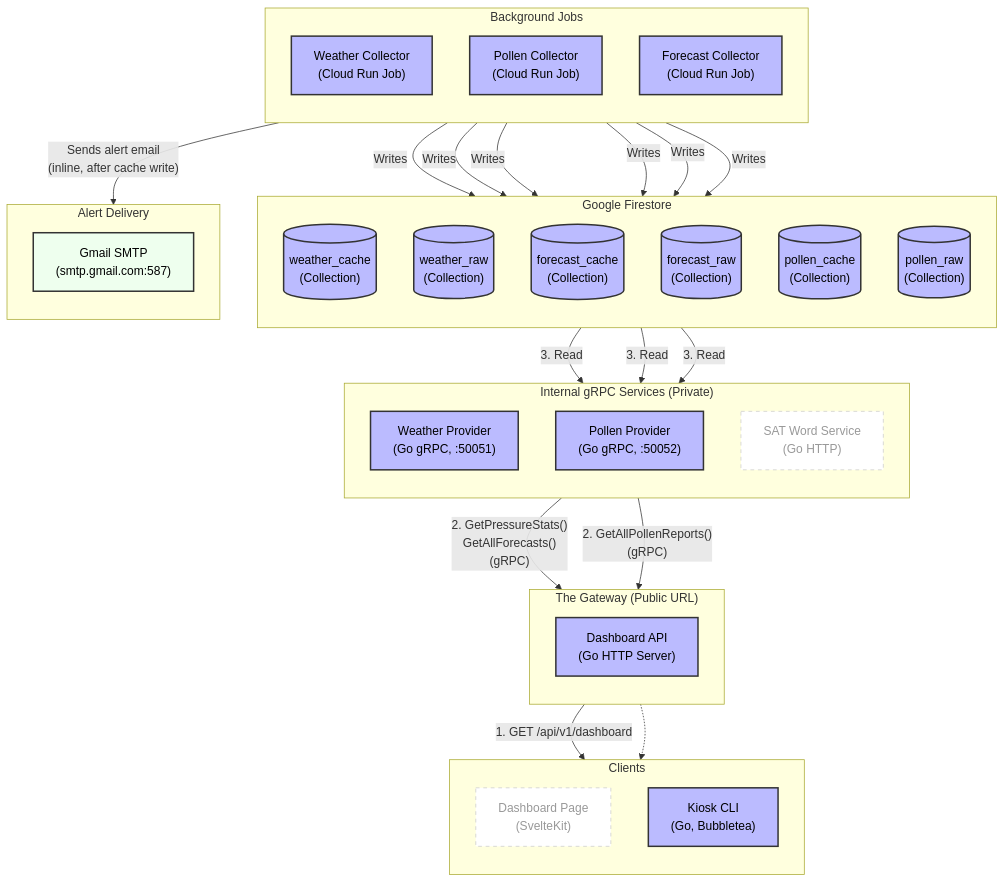
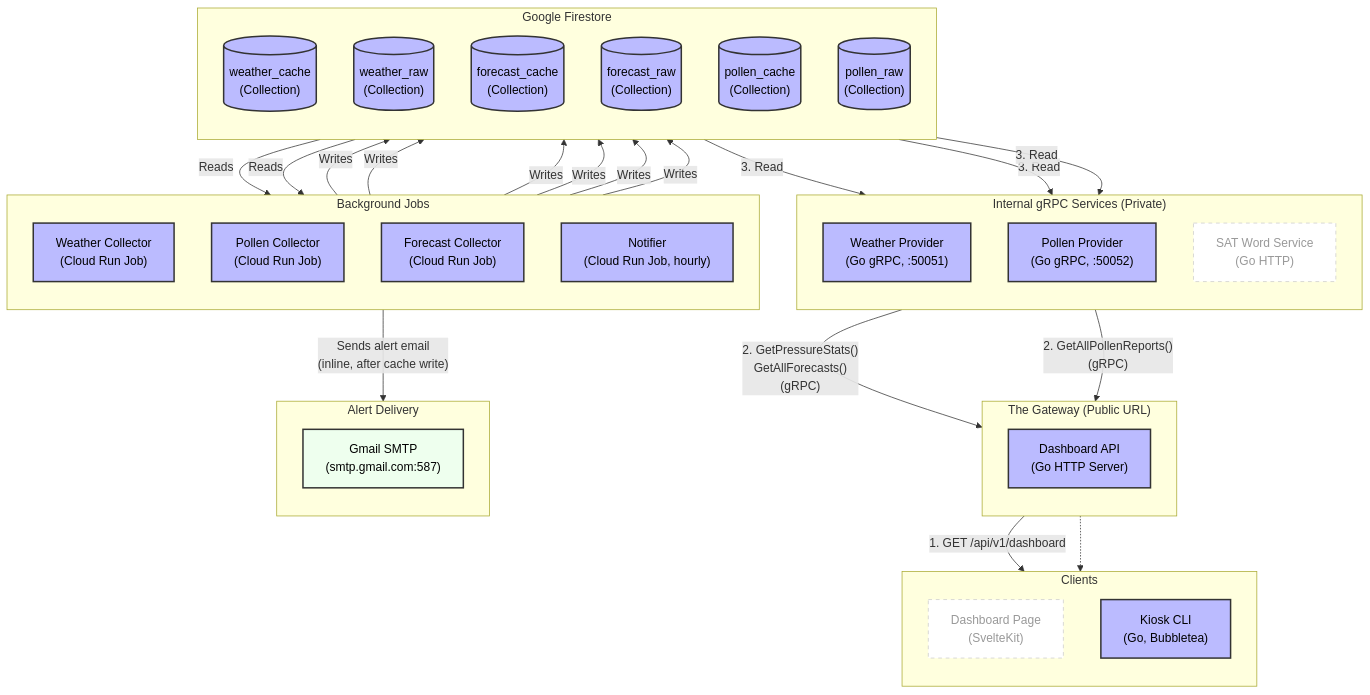
Before and after one commit to nickfang/personal-dashboard: the diagram in docs/ARCHITECTURE_INFRASTRUCTURE.md, drawn with Mermaid. The commit also changed other lines of this file and 26 other files, not shown here.

````diff
--- a/docs/ARCHITECTURE_INFRASTRUCTURE.md
+++ b/docs/ARCHITECTURE_INFRASTRUCTURE.md
@@ -5,67 +5,71 @@
 ```mermaid
 flowchart TD
     subgraph Clients ["Clients"]
         direction TB
         UI_Dash["Dashboard Page<br/>(SvelteKit)"]:::future
         UI_CLI["Kiosk CLI<br/>(Go, Bubbletea)"]:::done
     end
 
     subgraph Aggregator ["The Gateway (Public URL)"]
         direction TB
         S_Dash["Dashboard API<br/>(Go HTTP Server)"]:::done
     end
 
     subgraph Microservices ["Internal gRPC Services (Private)"]
         direction TB
         S_Weath["Weather Provider<br/>(Go gRPC, :50051)"]:::done
         S_Poll["Pollen Provider<br/>(Go gRPC, :50052)"]:::done
         S_Sat["SAT Word Service<br/>(Go HTTP)"]:::future
     end
 
     subgraph Background ["Background Jobs"]
         direction TB
         J_Weath["Weather Collector<br/>(Cloud Run Job)"]:::done
         J_Poll["Pollen Collector<br/>(Cloud Run Job)"]:::done
         J_Fore["Forecast Collector<br/>(Cloud Run Job)"]:::done
+        J_Notif["Notifier<br/>(Cloud Run Job, hourly)"]:::done
     end
 
     subgraph Data ["Google Firestore"]
         direction TB
         DB_Weath[("weather_cache<br/>(Collection)")]:::done
         DB_Raw[("weather_raw<br/>(Collection)")]:::done
         DB_ForCache[("forecast_cache<br/>(Collection)")]:::done
         DB_ForRaw[("forecast_raw<br/>(Collection)")]:::done
         DB_PolCache[("pollen_cache<br/>(Collection)")]:::done
         DB_PolRaw[("pollen_raw<br/>(Collection)")]:::done
     end
 
     subgraph Notify ["Alert Delivery"]
         direction TB
         N_Mail["Gmail SMTP<br/>(smtp.gmail.com:587)"]:::external
     end
 
     %% Data Flow (arrows follow data direction)
     DB_Weath -- "3. Read" --> S_Weath
     DB_ForCache -- "3. Read" --> S_Weath
     DB_PolCache -- "3. Read" --> S_Poll
 
     S_Weath -- "2. GetPressureStats()<br/>GetAllForecasts()<br/>(gRPC)" --> S_Dash
     S_Poll -- "2. GetAllPollenReports()<br/>(gRPC)" --> S_Dash
 
     S_Dash -- "1. GET /api/v1/dashboard" --> UI_CLI
     S_Dash -.-> UI_Dash
 
     J_Weath -- "Writes" --> DB_Weath
     J_Weath -- "Writes" --> DB_Raw
     J_Fore -- "Writes" --> DB_ForCache
     J_Fore -- "Writes" --> DB_ForRaw
     J_Poll -- "Writes" --> DB_PolCache
     J_Poll -- "Writes" --> DB_PolRaw
 
     J_Fore -- "Sends alert email<br/>(inline, after cache write)" --> N_Mail
 
+    DB_ForCache -- "Reads" --> J_Notif
+    DB_Weath -- "Reads" --> J_Notif
+
     %% Styling
     classDef done fill:#bbf,stroke:#333,stroke-width:2px,color:black;
     classDef future fill:#fff,stroke:#ccc,stroke-width:1px,color:#999,stroke-dasharray: 5 5;
     classDef external fill:#efe,stroke:#333,stroke-width:2px,color:black;
 ```
````
